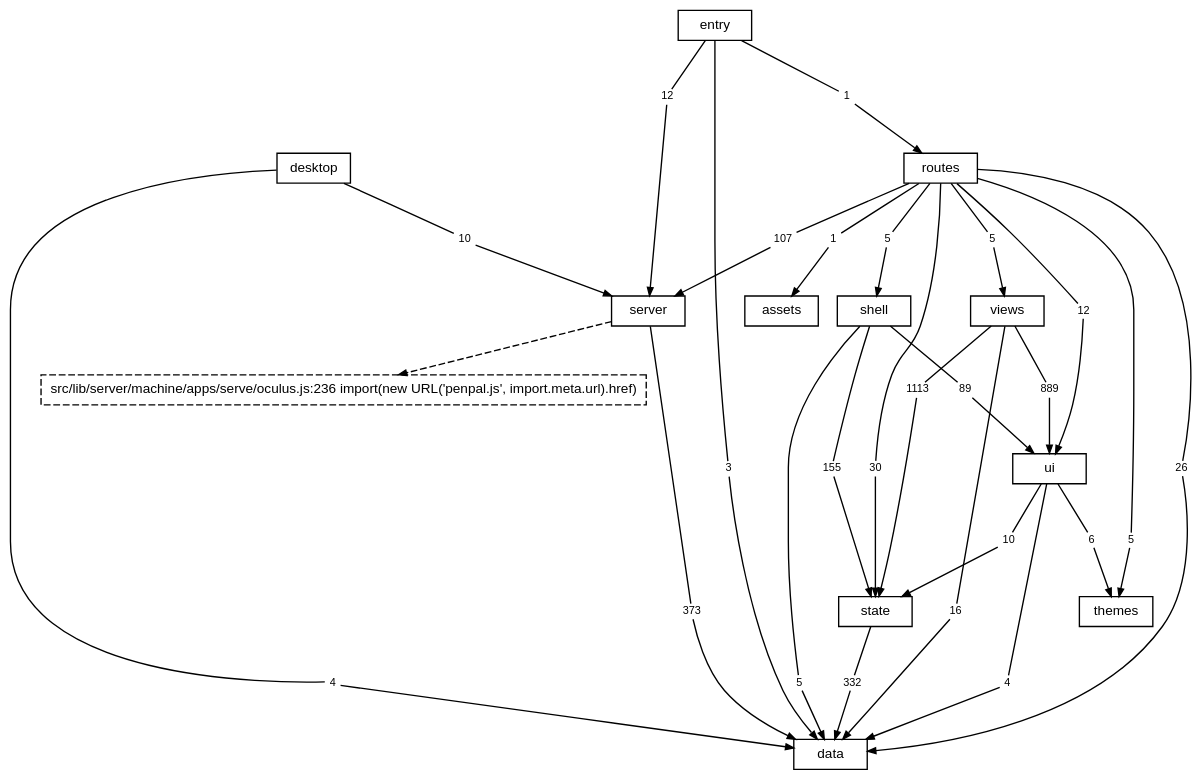
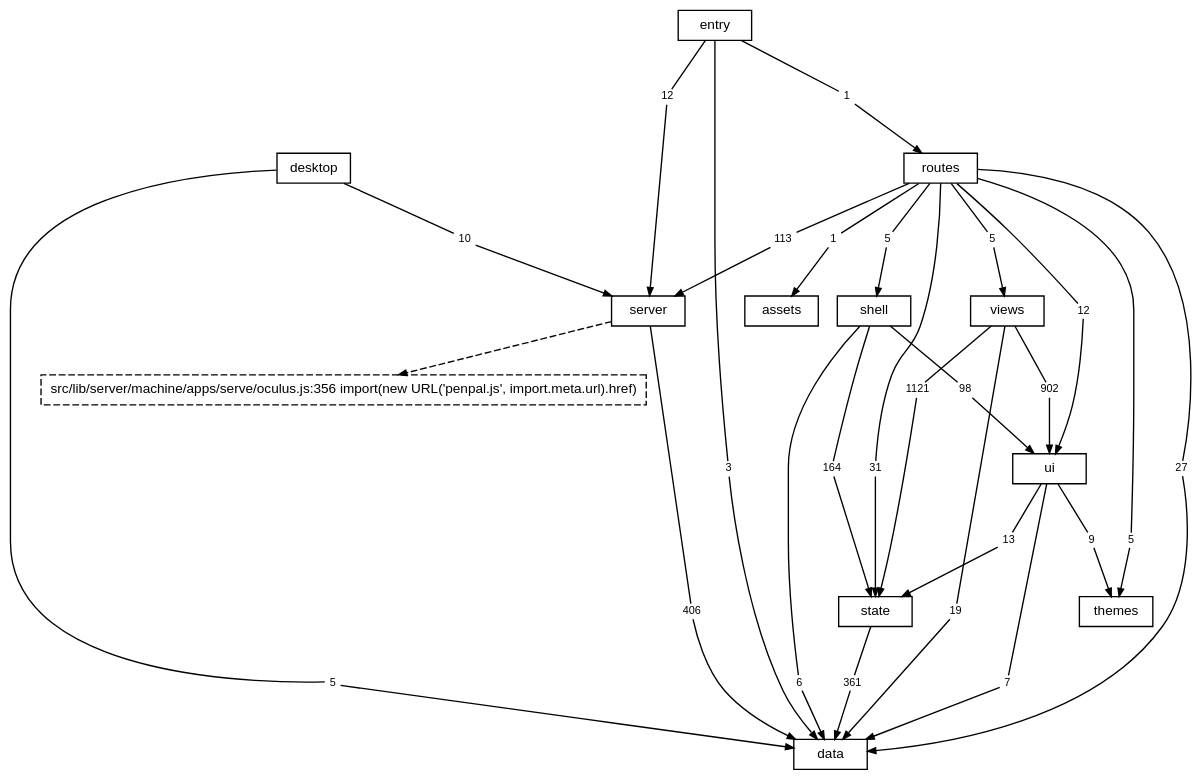
One commit to TheAxeC/oculus changed the diagram in docs/diagrams/layers.dot. Above: the diagram before and after it, drawn with Graphviz. The commit also changed 357 other files, not shown here.

First line of the commit message:
Land D63, apps in the shell

```diff
--- a/docs/diagrams/layers.dot
+++ b/docs/diagrams/layers.dot
@@ -1,90 +1,90 @@
 digraph layers {
     graph [bgcolor="transparent", rankdir=TB, newrank=true, fontname="Helvetica,Arial,sans-serif", fontsize=12, nodesep=0.2, ranksep=0.5];
     node [shape=box, color="black", fontcolor="black", fontname="Helvetica,Arial,sans-serif", fontsize=10, height=0.3, margin="0.12,0.04"];
     edge [color="black", fontcolor="black", fontname="Helvetica,Arial,sans-serif", fontsize=8, arrowsize=0.6];
     "data";
     "server";
     "state";
     "ui";
     "shell";
     "views";
     "themes";
     "routes";
     "desktop";
     "src" [label="entry"];
     "files: assets" [label="assets"];
-    "? src/lib/server/machine/apps/serve/oculus.js:236" [label="src/lib/server/machine/apps/serve/oculus.js:236 import(new URL('penpal.js', import.meta.url).href)", style=dashed];
-    "desktop to data" [label="4", shape=box, color="transparent", fontsize=8, width=0, height=0, margin="0.04,0.02"];
+    "? src/lib/server/machine/apps/serve/oculus.js:356" [label="src/lib/server/machine/apps/serve/oculus.js:356 import(new URL('penpal.js', import.meta.url).href)", style=dashed];
+    "desktop to data" [label="5", shape=box, color="transparent", fontsize=8, width=0, height=0, margin="0.04,0.02"];
     "desktop" -> "desktop to data" [arrowhead=none];
     "desktop to data" -> "data" [];
     "desktop to server" [label="10", shape=box, color="transparent", fontsize=8, width=0, height=0, margin="0.04,0.02"];
     "desktop" -> "desktop to server" [arrowhead=none];
     "desktop to server" -> "server" [];
-    "routes to data" [label="26", shape=box, color="transparent", fontsize=8, width=0, height=0, margin="0.04,0.02"];
+    "routes to data" [label="27", shape=box, color="transparent", fontsize=8, width=0, height=0, margin="0.04,0.02"];
     "routes" -> "routes to data" [arrowhead=none];
     "routes to data" -> "data" [];
     "routes to files: assets" [label="1", shape=box, color="transparent", fontsize=8, width=0, height=0, margin="0.04,0.02"];
     "routes" -> "routes to files: assets" [arrowhead=none];
     "routes to files: assets" -> "files: assets" [];
-    "routes to server" [label="107", shape=box, color="transparent", fontsize=8, width=0, height=0, margin="0.04,0.02"];
+    "routes to server" [label="113", shape=box, color="transparent", fontsize=8, width=0, height=0, margin="0.04,0.02"];
     "routes" -> "routes to server" [arrowhead=none];
     "routes to server" -> "server" [];
     "routes to shell" [label="5", shape=box, color="transparent", fontsize=8, width=0, height=0, margin="0.04,0.02"];
     "routes" -> "routes to shell" [arrowhead=none];
     "routes to shell" -> "shell" [];
-    "routes to state" [label="30", shape=box, color="transparent", fontsize=8, width=0, height=0, margin="0.04,0.02"];
+    "routes to state" [label="31", shape=box, color="transparent", fontsize=8, width=0, height=0, margin="0.04,0.02"];
     "routes" -> "routes to state" [arrowhead=none];
     "routes to state" -> "state" [];
     "routes to themes" [label="5", shape=box, color="transparent", fontsize=8, width=0, height=0, margin="0.04,0.02"];
     "routes" -> "routes to themes" [arrowhead=none];
     "routes to themes" -> "themes" [];
     "routes to ui" [label="12", shape=box, color="transparent", fontsize=8, width=0, height=0, margin="0.04,0.02"];
     "routes" -> "routes to ui" [arrowhead=none];
     "routes to ui" -> "ui" [];
     "routes to views" [label="5", shape=box, color="transparent", fontsize=8, width=0, height=0, margin="0.04,0.02"];
     "routes" -> "routes to views" [arrowhead=none];
     "routes to views" -> "views" [];
-    "server to data" [label="373", shape=box, color="transparent", fontsize=8, width=0, height=0, margin="0.04,0.02"];
+    "server to data" [label="406", shape=box, color="transparent", fontsize=8, width=0, height=0, margin="0.04,0.02"];
     "server" -> "server to data" [arrowhead=none];
     "server to data" -> "data" [];
-    "shell to data" [label="5", shape=box, color="transparent", fontsize=8, width=0, height=0, margin="0.04,0.02"];
+    "shell to data" [label="6", shape=box, color="transparent", fontsize=8, width=0, height=0, margin="0.04,0.02"];
     "shell" -> "shell to data" [arrowhead=none];
     "shell to data" -> "data" [];
-    "shell to state" [label="155", shape=box, color="transparent", fontsize=8, width=0, height=0, margin="0.04,0.02"];
+    "shell to state" [label="164", shape=box, color="transparent", fontsize=8, width=0, height=0, margin="0.04,0.02"];
     "shell" -> "shell to state" [arrowhead=none];
     "shell to state" -> "state" [];
-    "shell to ui" [label="89", shape=box, color="transparent", fontsize=8, width=0, height=0, margin="0.04,0.02"];
+    "shell to ui" [label="98", shape=box, color="transparent", fontsize=8, width=0, height=0, margin="0.04,0.02"];
     "shell" -> "shell to ui" [arrowhead=none];
     "shell to ui" -> "ui" [];
     "src to data" [label="3", shape=box, color="transparent", fontsize=8, width=0, height=0, margin="0.04,0.02"];
     "src" -> "src to data" [arrowhead=none];
     "src to data" -> "data" [];
     "src to routes" [label="1", shape=box, color="transparent", fontsize=8, width=0, height=0, margin="0.04,0.02"];
     "src" -> "src to routes" [arrowhead=none];
     "src to routes" -> "routes" [];
     "src to server" [label="12", shape=box, color="transparent", fontsize=8, width=0, height=0, margin="0.04,0.02"];
     "src" -> "src to server" [arrowhead=none];
     "src to server" -> "server" [];
-    "state to data" [label="332", shape=box, color="transparent", fontsize=8, width=0, height=0, margin="0.04,0.02"];
+    "state to data" [label="361", shape=box, color="transparent", fontsize=8, width=0, height=0, margin="0.04,0.02"];
     "state" -> "state to data" [arrowhead=none];
     "state to data" -> "data" [];
-    "ui to data" [label="4", shape=box, color="transparent", fontsize=8, width=0, height=0, margin="0.04,0.02"];
+    "ui to data" [label="7", shape=box, color="transparent", fontsize=8, width=0, height=0, margin="0.04,0.02"];
     "ui" -> "ui to data" [arrowhead=none];
     "ui to data" -> "data" [];
-    "ui to state" [label="10", shape=box, color="transparent", fontsize=8, width=0, height=0, margin="0.04,0.02"];
+    "ui to state" [label="13", shape=box, color="transparent", fontsize=8, width=0, height=0, margin="0.04,0.02"];
     "ui" -> "ui to state" [arrowhead=none];
     "ui to state" -> "state" [];
-    "ui to themes" [label="6", shape=box, color="transparent", fontsize=8, width=0, height=0, margin="0.04,0.02"];
+    "ui to themes" [label="9", shape=box, color="transparent", fontsize=8, width=0, height=0, margin="0.04,0.02"];
     "ui" -> "ui to themes" [arrowhead=none];
     "ui to themes" -> "themes" [];
-    "views to data" [label="16", shape=box, color="transparent", fontsize=8, width=0, height=0, margin="0.04,0.02"];
+    "views to data" [label="19", shape=box, color="transparent", fontsize=8, width=0, height=0, margin="0.04,0.02"];
     "views" -> "views to data" [arrowhead=none];
     "views to data" -> "data" [];
-    "views to state" [label="1113", shape=box, color="transparent", fontsize=8, width=0, height=0, margin="0.04,0.02"];
+    "views to state" [label="1121", shape=box, color="transparent", fontsize=8, width=0, height=0, margin="0.04,0.02"];
     "views" -> "views to state" [arrowhead=none];
     "views to state" -> "state" [];
-    "views to ui" [label="889", shape=box, color="transparent", fontsize=8, width=0, height=0, margin="0.04,0.02"];
+    "views to ui" [label="902", shape=box, color="transparent", fontsize=8, width=0, height=0, margin="0.04,0.02"];
     "views" -> "views to ui" [arrowhead=none];
     "views to ui" -> "ui" [];
-    "server" -> "? src/lib/server/machine/apps/serve/oculus.js:236" [style=dashed];
+    "server" -> "? src/lib/server/machine/apps/serve/oculus.js:356" [style=dashed];
 }
```
